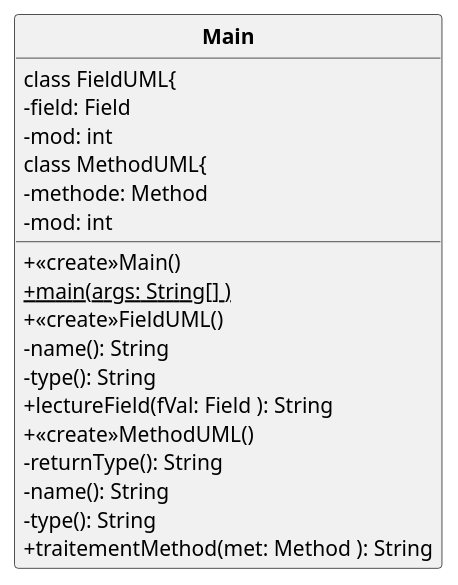
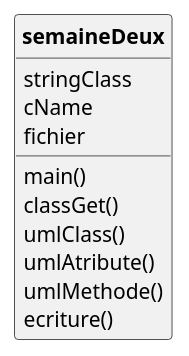
Before and after one commit to D3B1RUM4N/SAE_P21: the diagram in out/production/saep21/uml/classUML.puml, drawn with PlantUML. The commit also changed 15 other files, not shown here.

```diff
--- a/out/production/saep21/uml/classUML.puml
+++ b/out/production/saep21/uml/classUML.puml
@@ -1,30 +1,22 @@
 @startuml
 
-'UML GENERE PAR CODE :)
+'UML GENER PAR CODE :)
 
 skinparam style strictuml
 skinparam classAttributeIconSize 0
 skinparam classFontStyle Bold
 hide empty members
 
-class Main{
-+<<create>>Main()
-+{static}main(args: String[] )
-class FieldUML{
--field: Field
--mod: int
-+<<create>>FieldUML()
--name(): String
--type(): String
-+lectureField(fVal: Field ): String
-class MethodUML{
--methode: Method
--mod: int
-+<<create>>MethodUML()
--returnType(): String
--name(): String
--type(): String
-+traitementMethod(met: Method ): String
+class semaineDeux{
+stringClass
+cName
+fichier
+main()
+classGet()
+umlClass()
+umlAtribute()
+umlMethode()
+ecriture()
 
 }
 @enduml
```
